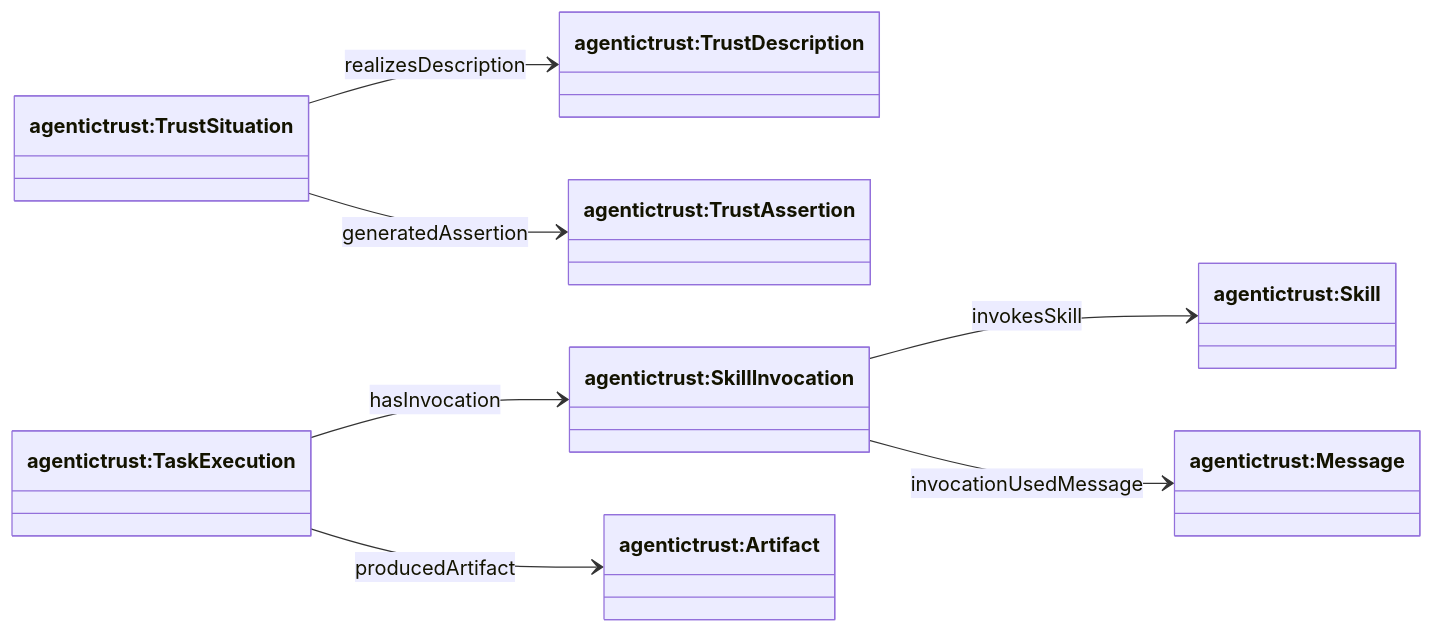
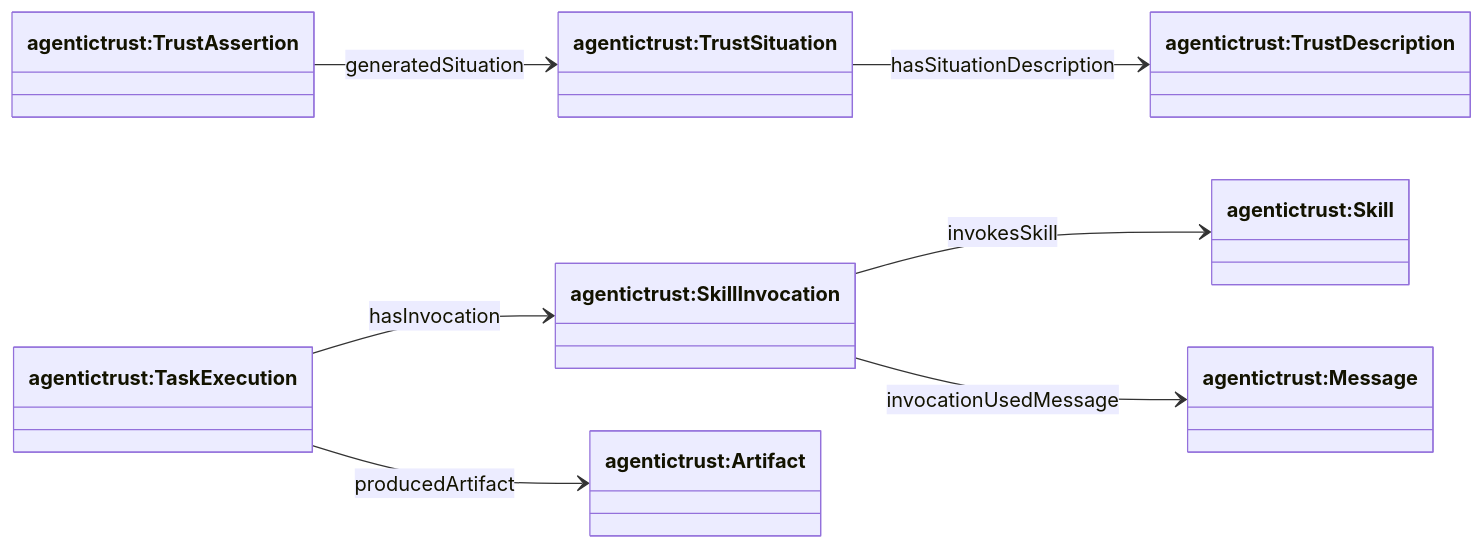
The second of 2 diagrams in docs/ontology/situation.md (Agentic-Trust-Layer/agent-explorer), drawn with Mermaid before and after one commit. The commit also changed other lines of this file and 18 other files, not shown here.

````diff
--- a/docs/ontology/situation.md
+++ b/docs/ontology/situation.md
@@ -37,21 +45,21 @@
 ```mermaid
 classDiagram
 direction LR
 
 class TrustDescription["agentictrust:TrustDescription"]
 class TrustSituation["agentictrust:TrustSituation"]
 class TrustAssertion["agentictrust:TrustAssertion"]
 class TaskExecution["agentictrust:TaskExecution"]
 class SkillInvocation["agentictrust:SkillInvocation"]
 class Skill["agentictrust:Skill"]
 class Message["agentictrust:Message"]
 class Artifact["agentictrust:Artifact"]
 
-TrustSituation --> TrustDescription : realizesDescription
-TrustSituation --> TrustAssertion : generatedAssertion
+TrustSituation --> TrustDescription : hasSituationDescription
+TrustAssertion --> TrustSituation : generatedSituation
 
 TaskExecution --> SkillInvocation : hasInvocation
 SkillInvocation --> Skill : invokesSkill
 SkillInvocation --> Message : invocationUsedMessage
 TaskExecution --> Artifact : producedArtifact
 ```
````
